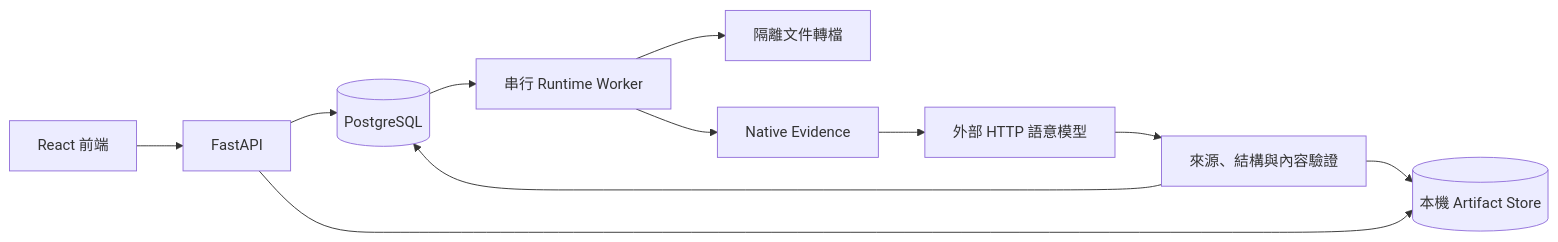
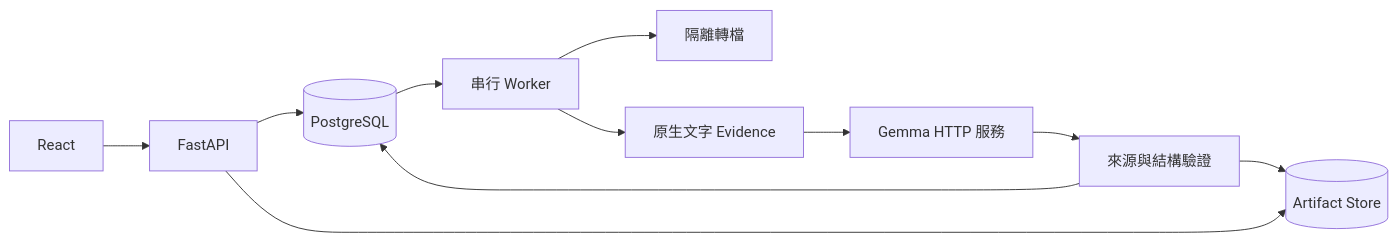
The diagram in docs/architecture.md (C6Yelan/Studydy-InnoServe-2026), drawn with Mermaid before and after one commit. The commit also changed other lines of this file and 52 other files, not shown here.

```diff
--- a/docs/architecture.md
+++ b/docs/architecture.md
@@ -7,13 +7,13 @@
 ~~~mermaid
 flowchart LR
-    UI["React 前端"] --> API["FastAPI"]
-    API --> DB[("PostgreSQL")]
-    API --> Store[("本機 Artifact Store")]
-    DB --> Worker["串行 Runtime Worker"]
-    Worker --> Convert["隔離文件轉檔"]
-    Worker --> Evidence["Native Evidence"]
-    Evidence --> Semantic["外部 HTTP 語意模型"]
-    Semantic --> Validate["來源、結構與內容驗證"]
+    UI[React] --> API[FastAPI]
+    API --> DB[(PostgreSQL)]
+    API --> Store[(Artifact Store)]
+    DB --> Worker[串行 Worker]
+    Worker --> Convert[隔離轉檔]
+    Worker --> Evidence[原生文字 Evidence]
+    Evidence --> Model[Gemma HTTP 服務]
+    Model --> Validate[來源與結構驗證]
     Validate --> DB
     Validate --> Store
 ~~~
```
